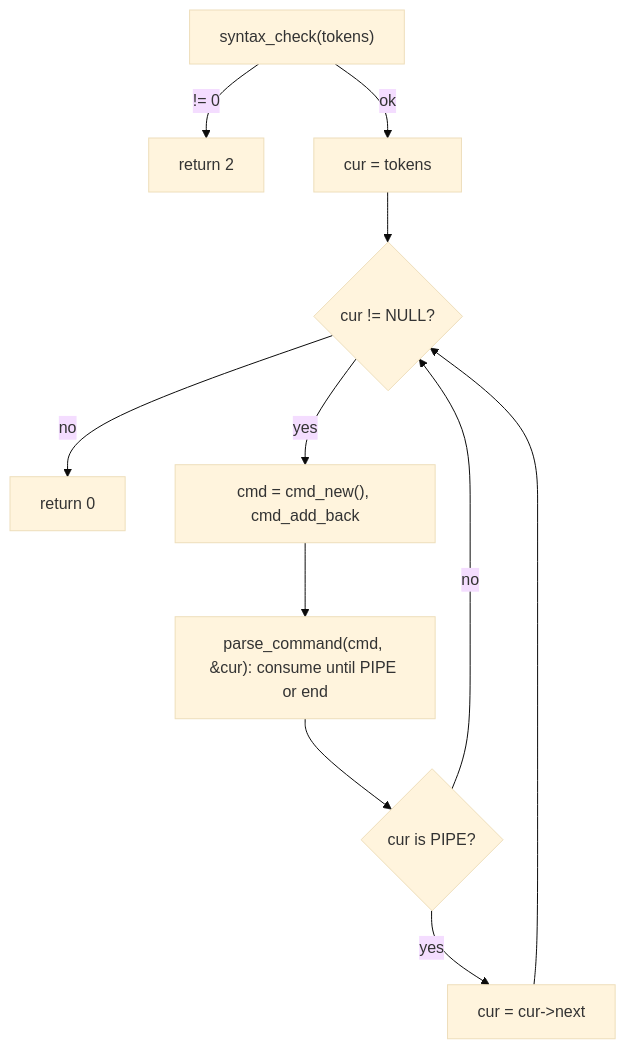
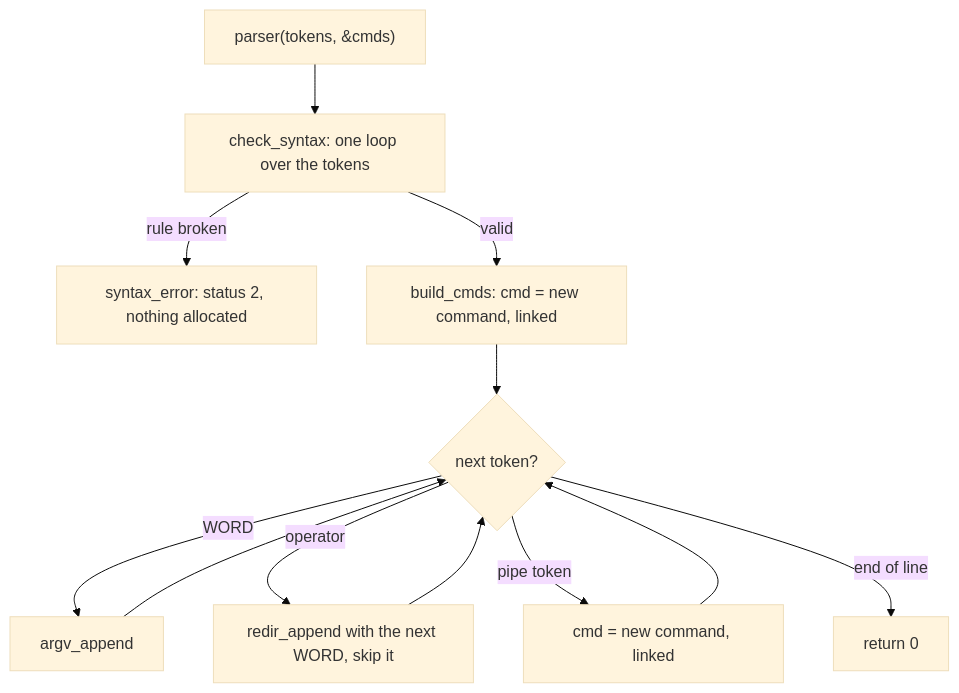
Before and after one commit to basq42/42_M3_Minishell: the fourth of 8 diagrams in README.md, drawn with Mermaid (base theme). The commit also changed other lines of this file and 16 other files, not shown here.

````diff
--- a/README.md
+++ b/README.md
@@ -120,13 +131,14 @@
 ```mermaid
 flowchart TD
-	A["syntax_check(tokens)"] -->|"!= 0"| X["return 2"]
-	A -->|ok| B["cur = tokens"]
-	B --> C{"cur != NULL?"}
-	C -->|no| OK["return 0"]
-	C -->|yes| D["cmd = cmd_new(), cmd_add_back"]
-	D --> E["parse_command(cmd, &cur): consume until PIPE or end"]
-	E --> F{"cur is PIPE?"}
-	F -->|yes| G["cur = cur->next"]
-	F -->|no| C
-	G --> C
+	A["parser(tokens, &cmds)"] --> B["check_syntax: one loop over the tokens"]
+	B -->|"rule broken"| ERR["syntax_error: status 2, nothing allocated"]
+	B -->|valid| C["build_cmds: cmd = new command, linked"]
+	C --> D{"next token?"}
+	D -->|WORD| W["argv_append"]
+	D -->|operator| R["redir_append with the next WORD, skip it"]
+	D -->|"pipe token"| P["cmd = new command, linked"]
+	D -->|"end of line"| OK["return 0"]
+	W --> D
+	R --> D
+	P --> D
 ```
````
